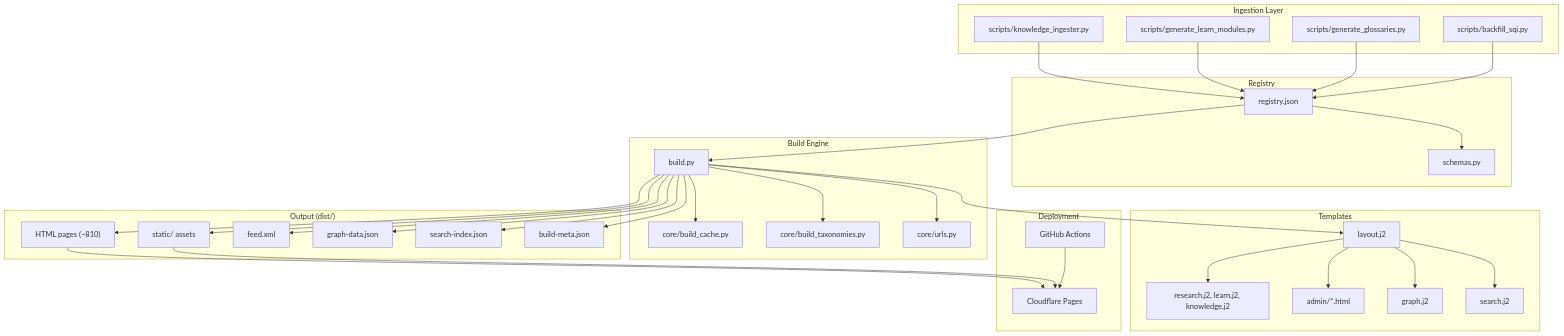
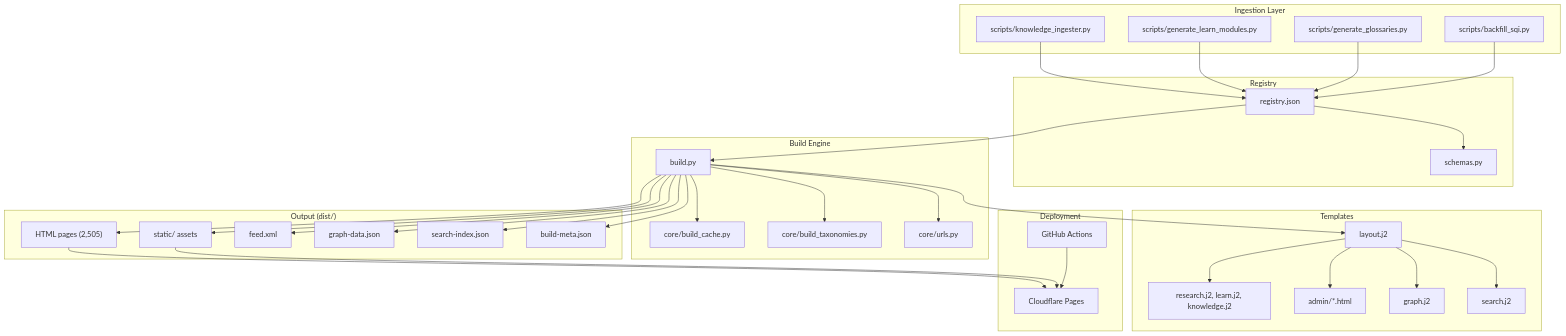
Before and after one commit to goneraleszek2-ship-it/acaciafund: the diagram in docs/01-architecture/overview.md, drawn with Mermaid. The commit also changed other lines of this file and 59 other files, not shown here.

````diff
--- a/docs/01-architecture/overview.md
+++ b/docs/01-architecture/overview.md
@@ -7,67 +7,67 @@
 ```mermaid
 graph TD
     subgraph "Ingestion Layer"
         KI["scripts/knowledge_ingester.py"]
         GM["scripts/generate_learn_modules.py"]
         GG["scripts/generate_glossaries.py"]
         BS["scripts/backfill_sqi.py"]
     end
 
     subgraph "Registry"
         RJ["registry.json"]
         SCHEMA["schemas.py"]
     end
 
     subgraph "Build Engine"
         BP["build.py"]
         BC["core/build_cache.py"]
         BT["core/build_taxonomies.py"]
         URLS["core/urls.py"]
     end
 
     subgraph "Templates"
         LAYOUT["layout.j2"]
         PAGES["research.j2, learn.j2, knowledge.j2"]
         ADMIN["admin/*.html"]
         GRAPH["graph.j2"]
         SEARCH["search.j2"]
     end
 
     subgraph "Output (dist/)"
-        HTML["HTML pages (~810)"]
+        HTML["HTML pages (2,505)"]
         STATIC["static/ assets"]
         FEED["feed.xml"]
         GRAPHDATA["graph-data.json"]
         SEARCHIDX["search-index.json"]
         META["build-meta.json"]
     end
 
     subgraph "Deployment"
         CF["Cloudflare Pages"]
         GH["GitHub Actions"]
     end
 
     KI --> RJ
     GM --> RJ
     GG --> RJ
     BS --> RJ
     RJ --> SCHEMA
     RJ --> BP
     BP --> BC
     BP --> BT
     BP --> URLS
     BP --> LAYOUT
     LAYOUT --> PAGES
     LAYOUT --> ADMIN
     LAYOUT --> GRAPH
     LAYOUT --> SEARCH
     BP --> HTML
     BP --> STATIC
     BP --> FEED
     BP --> GRAPHDATA
     BP --> SEARCHIDX
     BP --> META
     HTML --> CF
     STATIC --> CF
     GH --> CF
 ```
````
